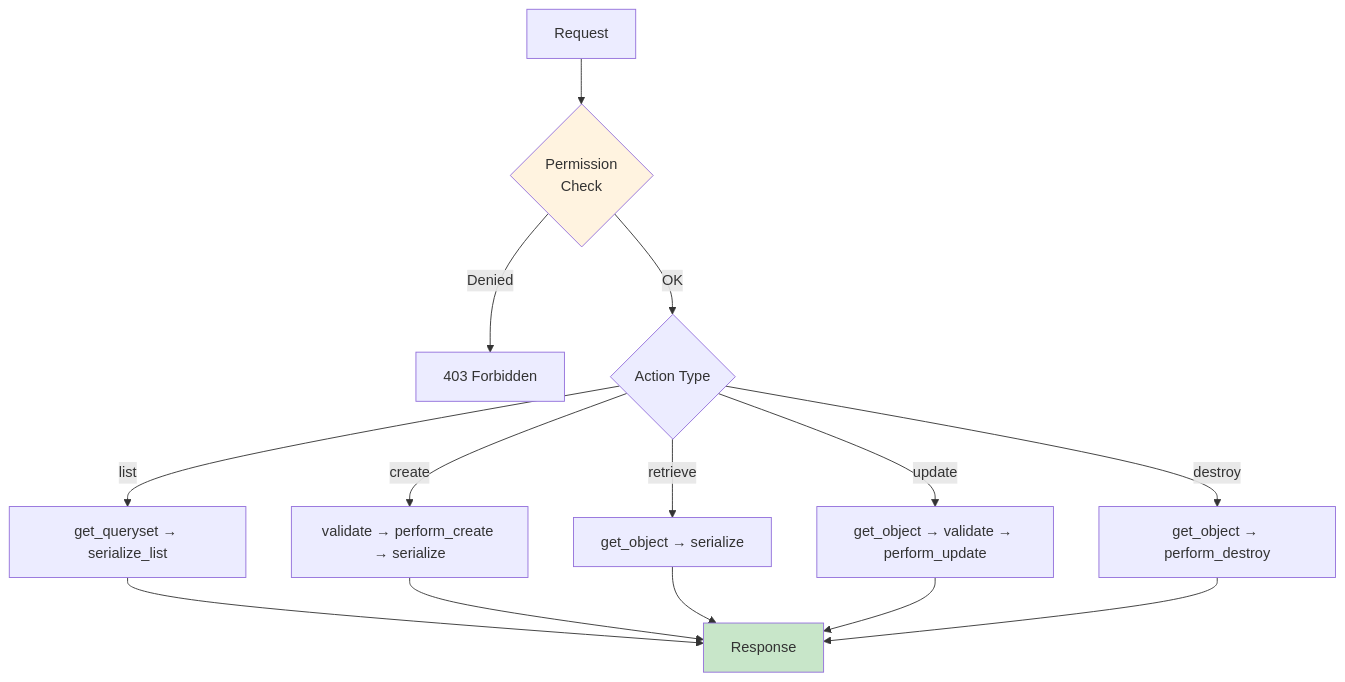
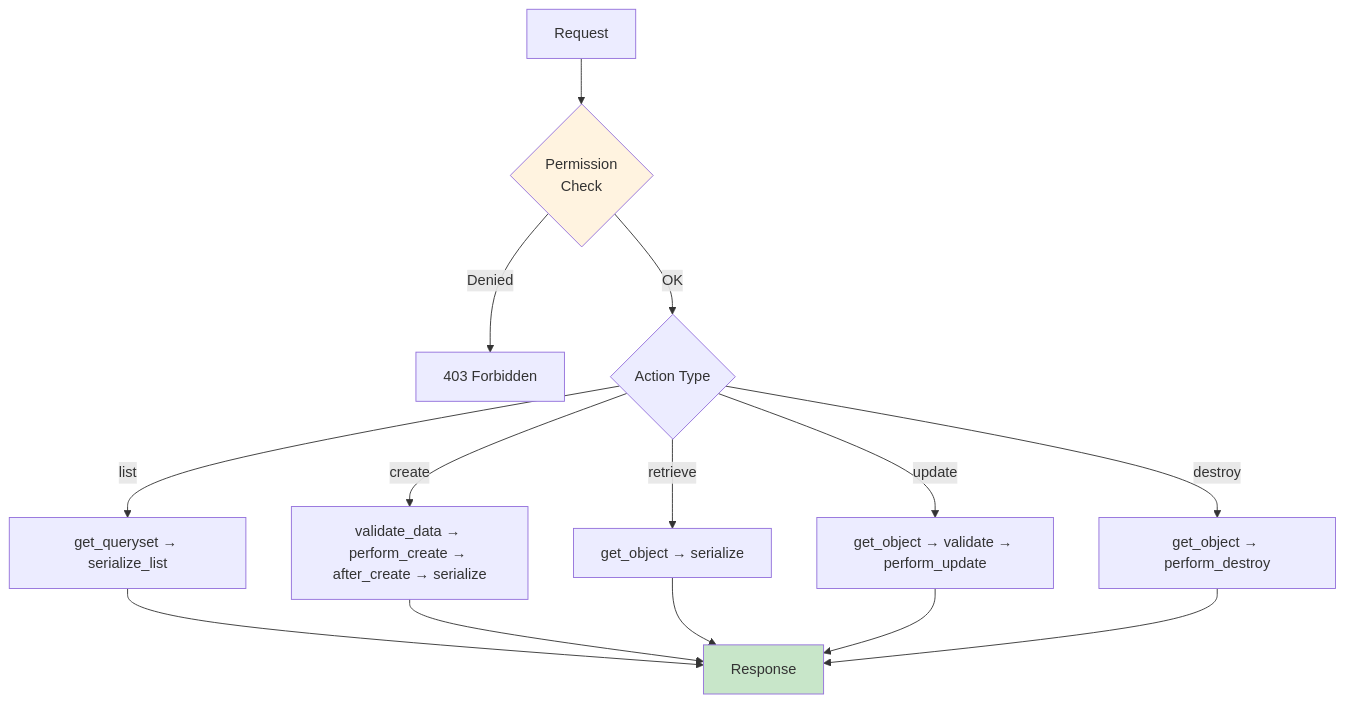
The diagram in docs/04-viewsets.md (SorPuti/core-framework), drawn with Mermaid before and after one commit. The commit also changed other lines of this file and 4 other files, not shown here.

````diff
--- a/docs/04-viewsets.md
+++ b/docs/04-viewsets.md
@@ -7,21 +7,21 @@
 ```mermaid
 flowchart TB
     REQ[Request] --> PERM{Permission<br/>Check}
     PERM -->|Denied| R403[403 Forbidden]
     PERM -->|OK| ACTION{Action Type}
     
     ACTION -->|list| LIST[get_queryset → serialize_list]
-    ACTION -->|create| CREATE[validate → perform_create → serialize]
+    ACTION -->|create| CREATE[validate_data → perform_create → after_create → serialize]
     ACTION -->|retrieve| GET[get_object → serialize]
     ACTION -->|update| UPDATE[get_object → validate → perform_update]
     ACTION -->|destroy| DELETE[get_object → perform_destroy]
     
     LIST --> RESP[Response]
     CREATE --> RESP
     GET --> RESP
     UPDATE --> RESP
     DELETE --> RESP
     
     style PERM fill:#fff3e0
     style RESP fill:#c8e6c9
 ```
````
